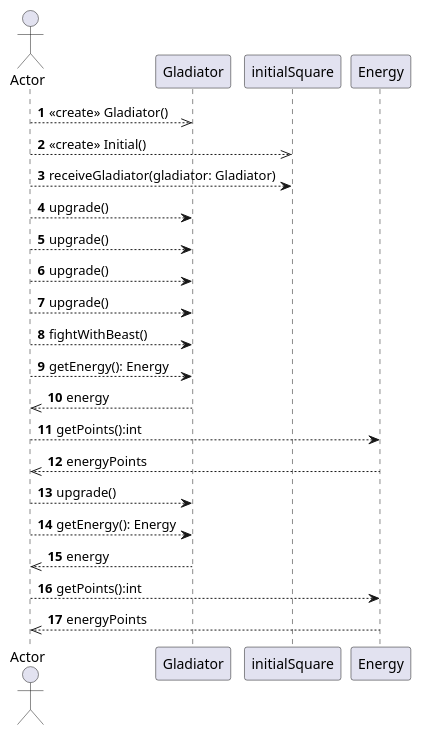
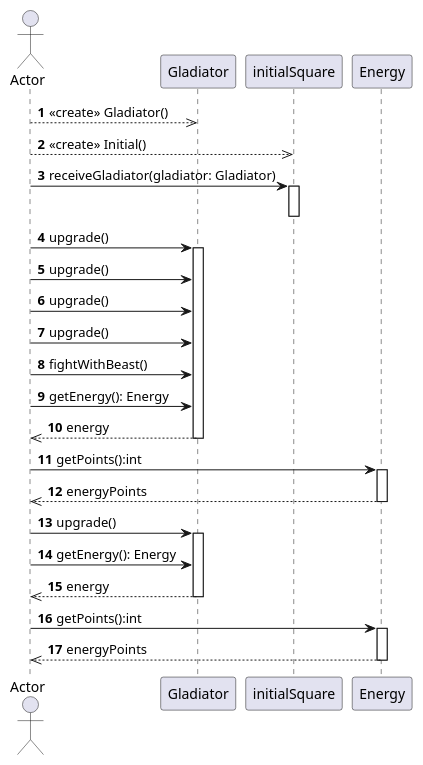
The diagram in diagrams/sequences/UseCase11.puml (PabloGCH/tp2-algo3), drawn with PlantUML before and after one commit.

Commit message:
Arrows fixed and aggregation of lifelines

```diff
--- a/diagrams/sequences/UseCase11.puml
+++ b/diagrams/sequences/UseCase11.puml
@@ -1,21 +1,31 @@
 @startuml
 autonumber
 actor Actor
 Actor -->> Gladiator: <<create>> Gladiator()
 Actor -->> initialSquare: <<create>> Initial()
-Actor --> initialSquare: receiveGladiator(gladiator: Gladiator)
-Actor --> Gladiator: upgrade()
-Actor --> Gladiator: upgrade()
-Actor --> Gladiator: upgrade()
-Actor --> Gladiator: upgrade()
-Actor --> Gladiator: fightWithBeast()
-Actor --> Gladiator: getEnergy(): Energy
+Actor -> initialSquare: receiveGladiator(gladiator: Gladiator)
+activate initialSquare
+deactivate initialSquare
+Actor -> Gladiator: upgrade()
+activate Gladiator
+Actor -> Gladiator: upgrade()
+Actor -> Gladiator: upgrade()
+Actor -> Gladiator: upgrade()
+Actor -> Gladiator: fightWithBeast()
+Actor -> Gladiator: getEnergy(): Energy
 Gladiator -->> Actor: energy
-Actor --> Energy: getPoints():int
+deactivate Gladiator
+Actor -> Energy: getPoints():int
+activate Energy
 Energy -->> Actor: energyPoints
-Actor --> Gladiator: upgrade()
-Actor --> Gladiator: getEnergy(): Energy
+deactivate Energy
+Actor -> Gladiator: upgrade()
+activate Gladiator
+Actor -> Gladiator: getEnergy(): Energy
 Gladiator -->> Actor: energy
-Actor --> Energy: getPoints():int
+deactivate Gladiator
+Actor -> Energy: getPoints():int
+activate Energy
 Energy -->> Actor: energyPoints
+deactivate Energy
 @enduml
```
